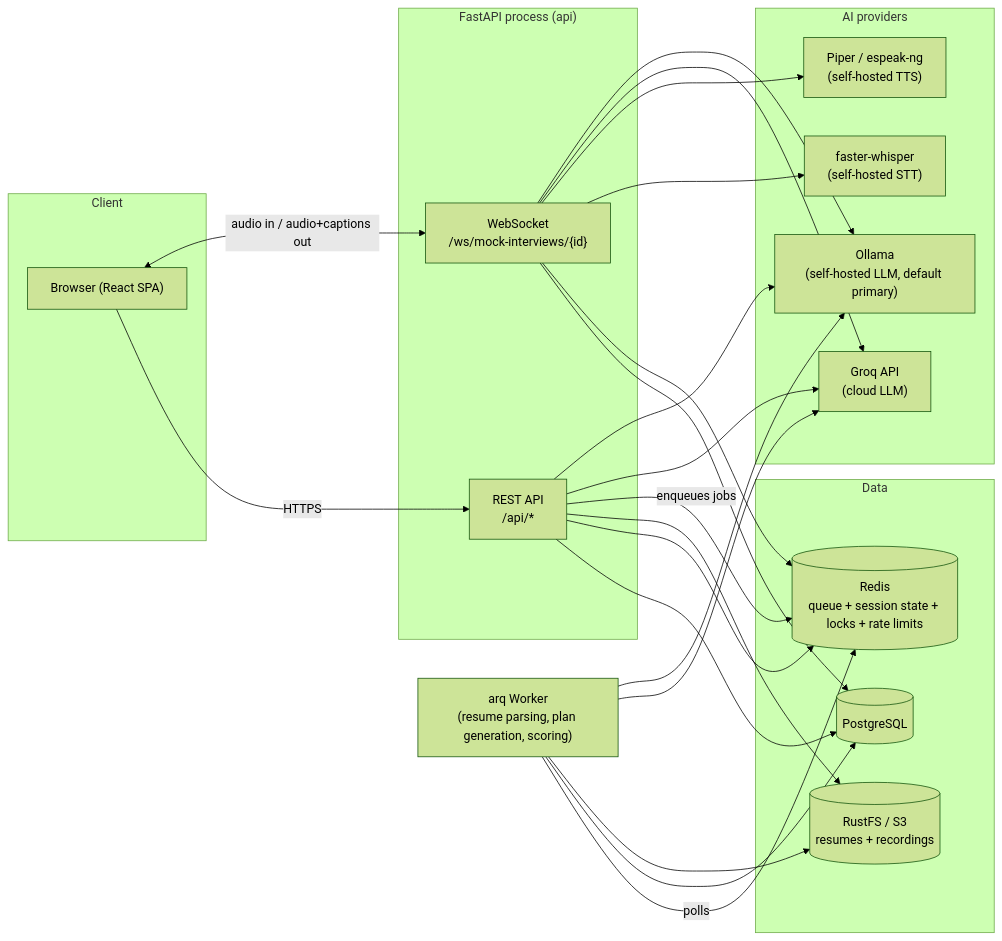
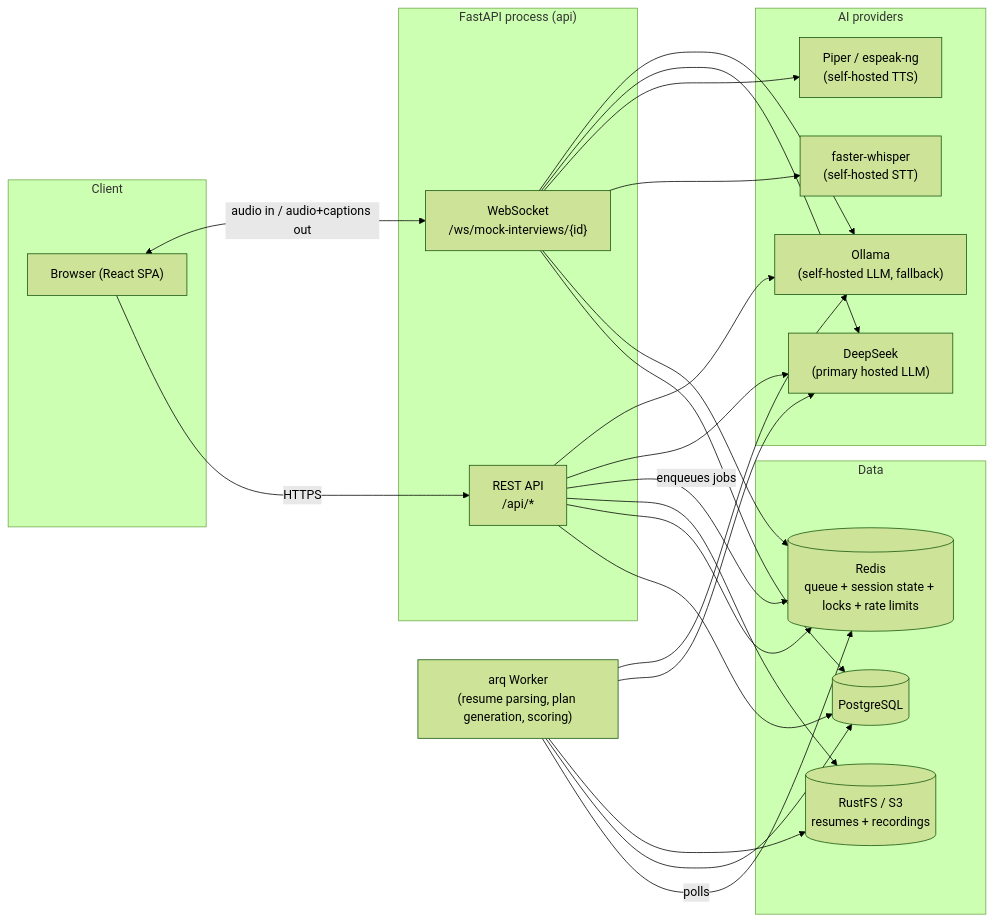
One commit to usmanwaheeddev/ai-interview-practice changed the first of 5 diagrams in architecture.md. Above: the diagram before and after it, drawn with Mermaid (forest theme). The commit also changed other lines of this file and 50 other files, not shown here.

Commit message:
feat: update interview flow and DeepSeek fallback

````diff
--- a/architecture.md
+++ b/architecture.md
@@ -26,46 +26,46 @@
 ```mermaid
 flowchart LR
     subgraph Client
         Browser["Browser (React SPA)"]
     end
 
     subgraph App["FastAPI process (api)"]
         REST["REST API\n/api/*"]
         WS["WebSocket\n/ws/mock-interviews/{id}"]
     end
 
     Worker["arq Worker\n(resume parsing, plan generation, scoring)"]
 
     subgraph Data
         PG[(PostgreSQL)]
         Redis[(Redis\nqueue + session state + locks + rate limits)]
         S3[(RustFS / S3\nresumes + recordings)]
     end
 
     subgraph AI providers
-        Groq["Groq API\n(cloud LLM)"]
-        Ollama["Ollama\n(self-hosted LLM, default primary)"]
+        DeepSeek["DeepSeek\n(primary hosted LLM)"]
+        Ollama["Ollama\n(self-hosted LLM, fallback)"]
         Whisper["faster-whisper\n(self-hosted STT)"]
         Piper["Piper / espeak-ng\n(self-hosted TTS)"]
     end
 
     Browser -- HTTPS --> REST
     Browser <-- "audio in / audio+captions out" --> WS
     REST --> PG
     REST --> Redis
     REST --> S3
     WS --> PG
     WS --> Redis
     WS --> Whisper
     WS --> Piper
     REST -- enqueues jobs --> Redis
     Worker -- polls --> Redis
     Worker --> PG
     Worker --> S3
-    REST --> Groq
+    REST --> DeepSeek
     REST --> Ollama
-    WS --> Groq
+    WS --> DeepSeek
     WS --> Ollama
-    Worker --> Groq
+    Worker --> DeepSeek
     Worker --> Ollama
 ```
````
